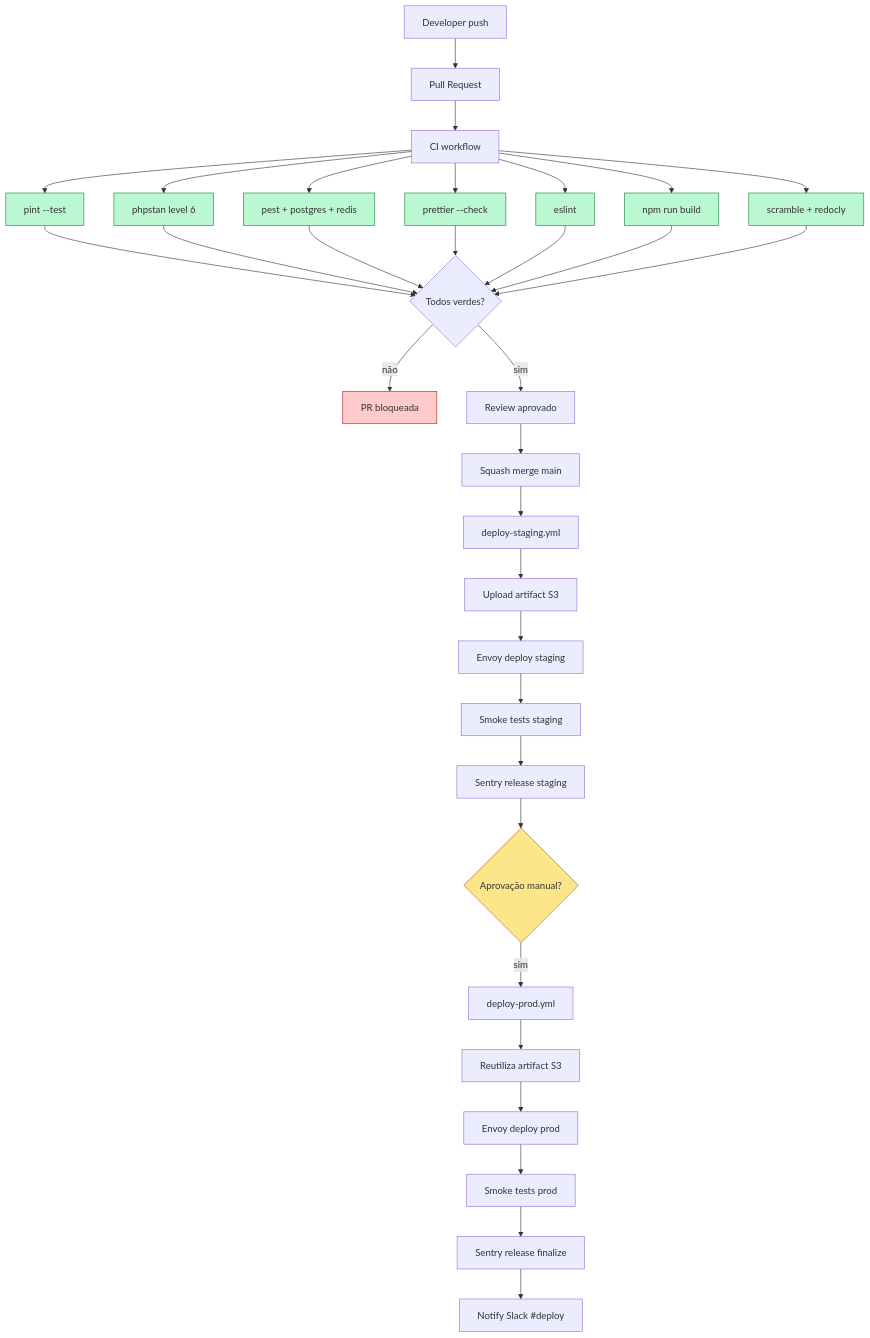
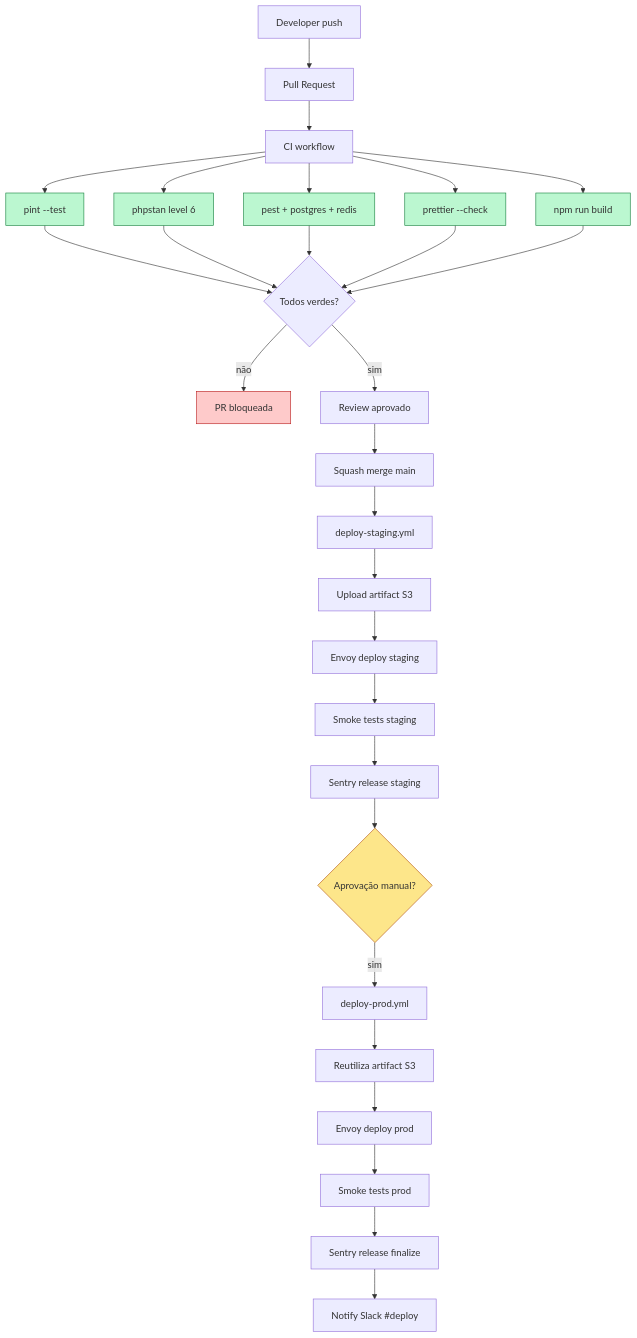
One commit to leonardozaneladias/ht2-erp changed the first of 2 diagrams in docs/devops/ci-cd.md. Above: the diagram before and after it, drawn with Mermaid. The commit also changed other lines of this file and 253 other files, not shown here.

````diff
--- a/docs/devops/ci-cd.md
+++ b/docs/devops/ci-cd.md
@@ -647,46 +607,42 @@
 ```mermaid
 flowchart TD
     DEV[Developer push] --> PR[Pull Request]
     PR --> CI[CI workflow]
 
     CI --> Pint[pint --test]
     CI --> Phpstan[phpstan level 6]
     CI --> Pest[pest + postgres + redis]
     CI --> Prettier[prettier --check]
-    CI --> Eslint[eslint]
     CI --> Build[npm run build]
-    CI --> Openapi[scramble + redocly]
 
     Pint --> GREEN{Todos verdes?}
     Phpstan --> GREEN
     Pest --> GREEN
     Prettier --> GREEN
-    Eslint --> GREEN
     Build --> GREEN
-    Openapi --> GREEN
 
     GREEN -- não --> BLOCK[PR bloqueada]
     GREEN -- sim --> REVIEW[Review aprovado]
     REVIEW --> MERGE[Squash merge main]
 
     MERGE --> STAGING[deploy-staging.yml]
     STAGING --> S3S[Upload artifact S3]
     S3S --> ENVOYS[Envoy deploy staging]
     ENVOYS --> SMOKES[Smoke tests staging]
     SMOKES --> SENTRYS[Sentry release staging]
 
     SENTRYS --> MANUAL{Aprovação manual?}
     MANUAL -- sim --> PROD[deploy-prod.yml]
     PROD --> S3P[Reutiliza artifact S3]
     S3P --> ENVOYP[Envoy deploy prod]
     ENVOYP --> SMOKEP[Smoke tests prod]
     SMOKEP --> SENTRYP[Sentry release finalize]
     SENTRYP --> SLACK[Notify Slack #deploy]
 
     classDef ok fill:#bbf7d0,stroke:#15803d
     classDef warn fill:#fde68a,stroke:#b45309
     classDef bad fill:#fecaca,stroke:#b91c1c
-    class Pint,Phpstan,Pest,Prettier,Eslint,Build,Openapi ok
+    class Pint,Phpstan,Pest,Prettier,Build ok
     class MANUAL warn
     class BLOCK bad
 ```
````
